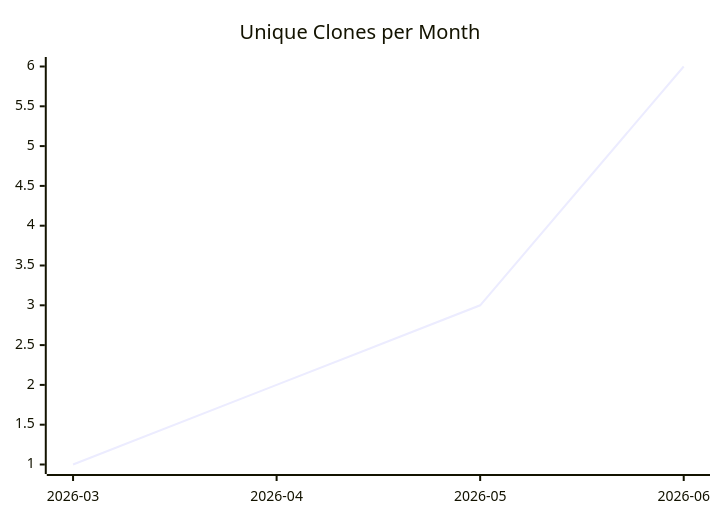
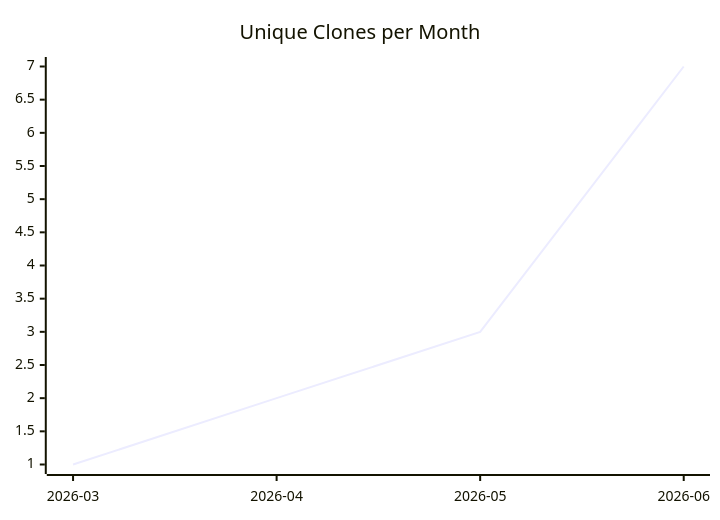
One commit to justdavis-family/github-analytics-data changed the third of 3 diagrams in karlmdavis/datanucleus-test-jdo-1-to-n/README.md. Above: the diagram before and after it, drawn with Mermaid. The commit also changed other lines of this file and 201 other files, not shown here.

````diff
--- a/karlmdavis/datanucleus-test-jdo-1-to-n/README.md
+++ b/karlmdavis/datanucleus-test-jdo-1-to-n/README.md
@@ -19,6 +19,6 @@
 ```mermaid
 xychart-beta
   title "Unique Clones per Month"
   x-axis ["2026-03", "2026-04", "2026-05", "2026-06"]
-  line [1, 2, 3, 6]
+  line [1, 2, 3, 7]
 ```
````
